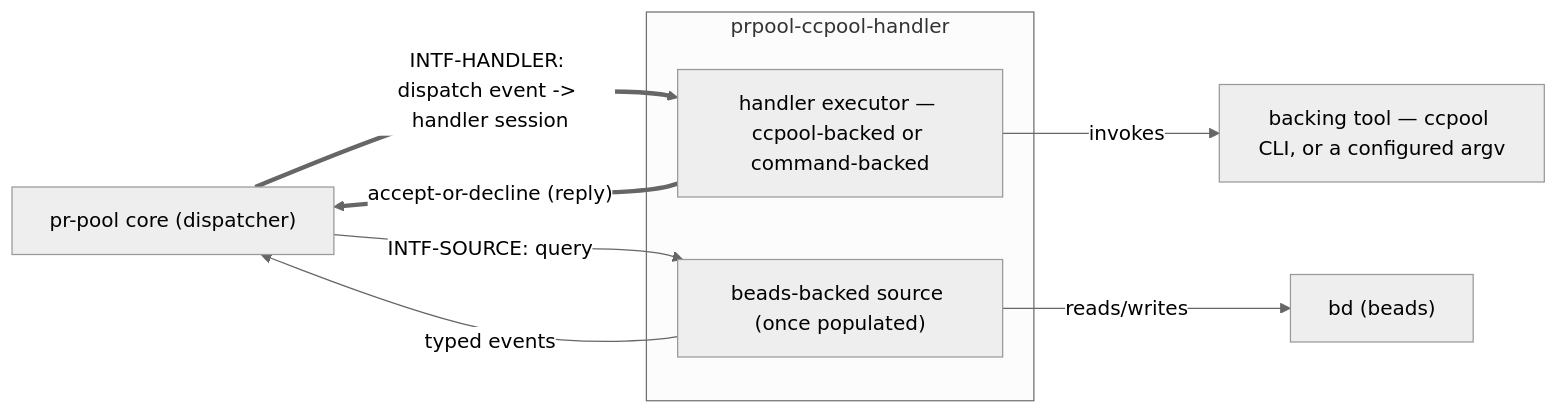
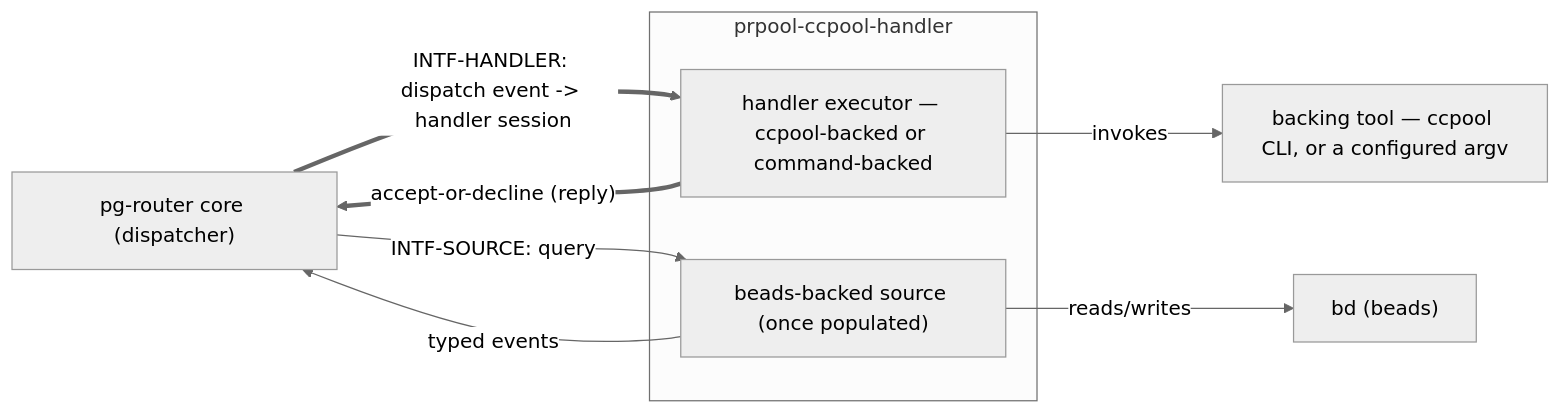
The diagram in packages/prpool-ccpool-handler/docs/behavior/README.md (phillipgreenii/nix-agent-support), drawn with Mermaid (neutral theme) before and after one commit. The commit also changed other lines of this file and 561 other files, not shown here.

First line of the commit message:
rename pr-pool to pg-router (pg2-myc6y)

````diff
--- a/packages/prpool-ccpool-handler/docs/behavior/README.md
+++ b/packages/prpool-ccpool-handler/docs/behavior/README.md
@@ -18,16 +18,16 @@
 ```mermaid
 flowchart LR
-    CORE["pr-pool core (dispatcher)"]
+    CORE["pg-router core (dispatcher)"]
     subgraph handler["prpool-ccpool-handler"]
       HDL["handler executor — ccpool-backed or command-backed"]
       SRC["beads-backed source (once populated)"]
     end
     TOOL["backing tool — ccpool CLI, or a configured argv"]
     STORE["bd (beads)"]
     CORE ==>|"INTF-HANDLER: dispatch event -> handler session"| HDL
     HDL ==>|"accept-or-decline (reply)"| CORE
     CORE -->|"INTF-SOURCE: query"| SRC
     SRC -->|"typed events"| CORE
     HDL -->|"invokes"| TOOL
     SRC -->|"reads/writes"| STORE
 ```
````
